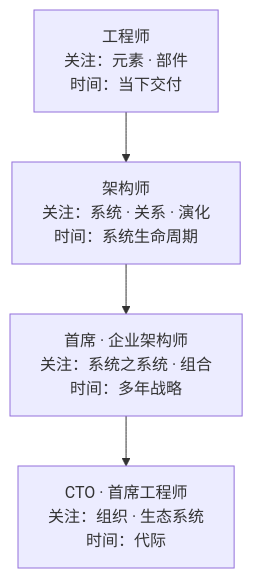
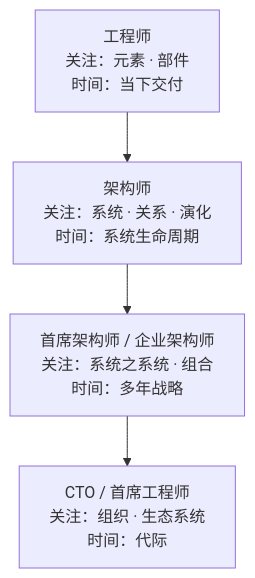
Diagram 13 of 13 in 50-research/12-工程师与架构师能力精讲-从工程师到CTO.md (Yongjunzhou/AOS-system-design), drawn with Mermaid before and after one commit. The commit also changed other lines of this file, not shown here.

````diff
--- a/50-research/12-工程师与架构师能力精讲-从工程师到CTO.md
+++ b/50-research/12-工程师与架构师能力精讲-从工程师到CTO.md
@@ -587,6 +603,6 @@
 ```mermaid
 flowchart TD
     E["工程师<br/>关注：元素 · 部件<br/>时间：当下交付"] --> A["架构师<br/>关注：系统 · 关系 · 演化<br/>时间：系统生命周期"]
-    A --> CA["首席 · 企业架构师<br/>关注：系统之系统 · 组合<br/>时间：多年战略"]
-    CA --> CTO["CTO · 首席工程师<br/>关注：组织 · 生态系统<br/>时间：代际"]
+    A --> CA["首席架构师 / 企业架构师<br/>关注：系统之系统 · 组合<br/>时间：多年战略"]
+    CA --> CTO["CTO / 首席工程师<br/>关注：组织 · 生态系统<br/>时间：代际"]
 ```
````
